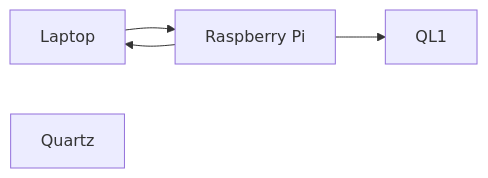
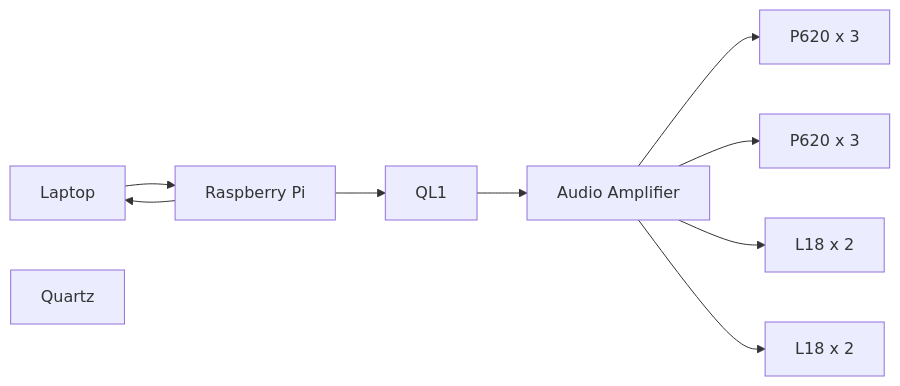
The second of 4 diagrams in README.md (weijiehiew/EGL314), drawn with Mermaid before and after one commit. The commit also changed other lines of this file, not shown here.

````diff
--- a/README.md
+++ b/README.md
@@ -194,9 +203,13 @@
 ```mermaid
 graph LR
 
 A[Laptop]--> B[Raspberry Pi]
 B --> A
 B --> C[QL1]
-D[Quartz]
-
+C --> D[Audio Amplifier]
+D --> E[P620 x 3]
+D --> I[P620 x 3]
+D --> J[L18 x 2]
+D --> F[L18 x 2]
+H[Quartz]
 ```
````
